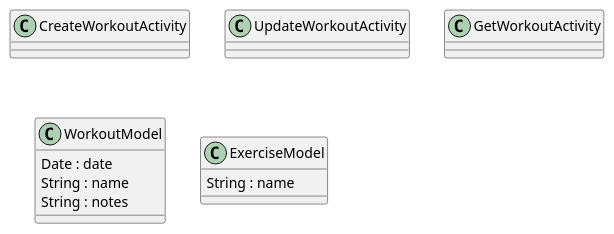
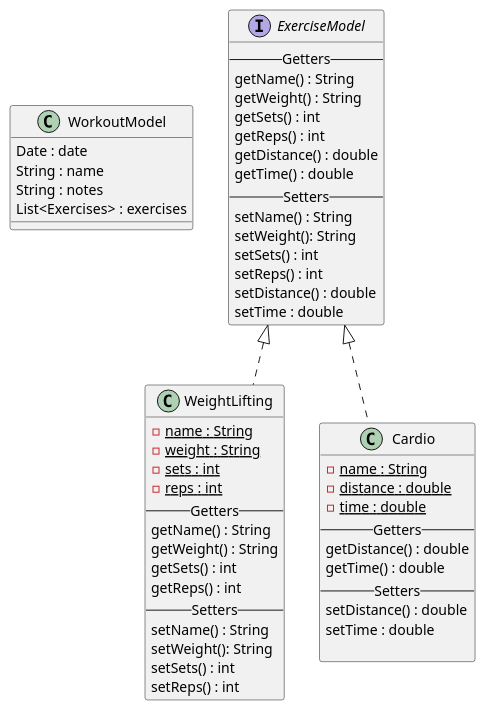
One commit to MattMarotta94/FitTrack changed the diagram in resources/FitnessTrackerClassDiagram.puml. Above: the diagram before and after it, drawn with PlantUML. The commit also changed 1 other file, not shown here.

```diff
--- a/resources/FitnessTrackerClassDiagram.puml
+++ b/resources/FitnessTrackerClassDiagram.puml
@@ -1,22 +1,56 @@
 @startuml
 'https://plantuml.com/class-diagram
-
-class CreateWorkoutActivity {
-}
-
-class UpdateWorkoutActivity {
-}
-
-class GetWorkoutActivity {
-}
-
 class WorkoutModel {
  Date : date
  String : name
  String : notes
+ List<Exercises> : exercises
 }
 
-class ExerciseModel {
- String : name
+interface ExerciseModel {
+--Getters--
+getName() : String
+getWeight() : String
+getSets() : int
+getReps() : int
+getDistance() : double
+getTime() : double
+--Setters--
+ setName() : String
+ setWeight(): String
+ setSets() : int
+ setReps() : int
+ setDistance() : double
+ setTime : double
+}
+
+class WeightLifting implements ExerciseModel {
+-{static} name : String
+-{static} weight : String
+-{static} sets : int
+-{static} reps : int
+--Getters--
+getName() : String
+getWeight() : String
+getSets() : int
+getReps() : int
+--Setters--
+setName() : String
+setWeight(): String
+setSets() : int
+setReps() : int
+}
+
+class Cardio implements ExerciseModel {
+-{static} name : String
+-{static} distance : double
+-{static} time : double
+--Getters--
+getDistance() : double
+getTime() : double
+--Setters--
+setDistance() : double
+setTime : double
+
 }
 @enduml
```
